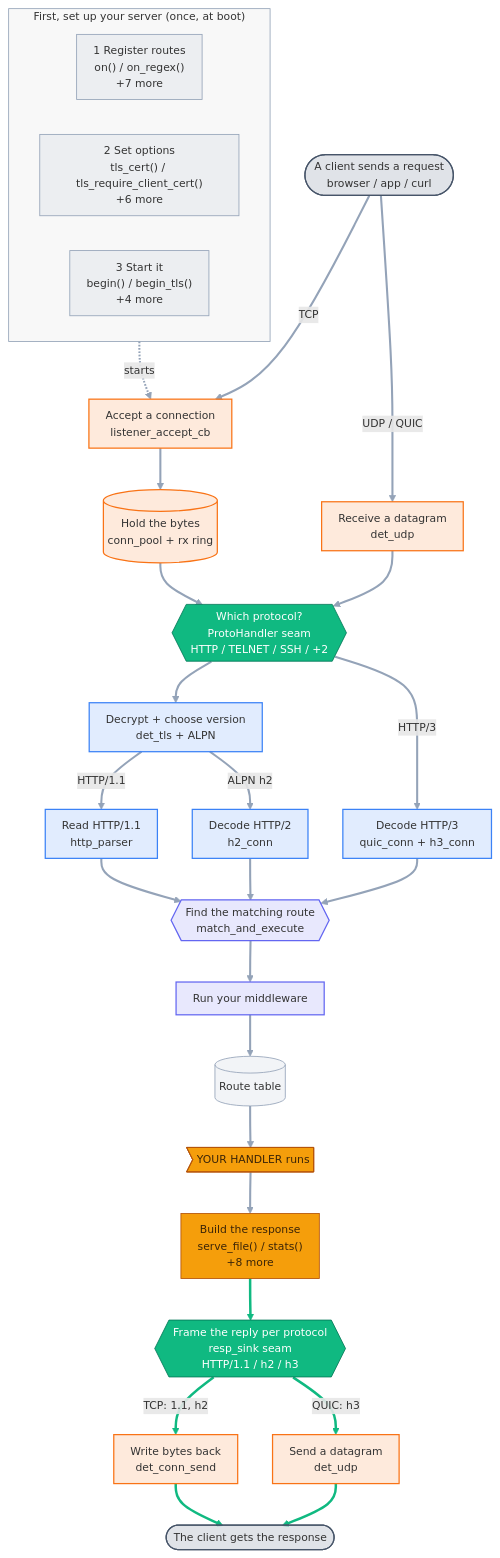
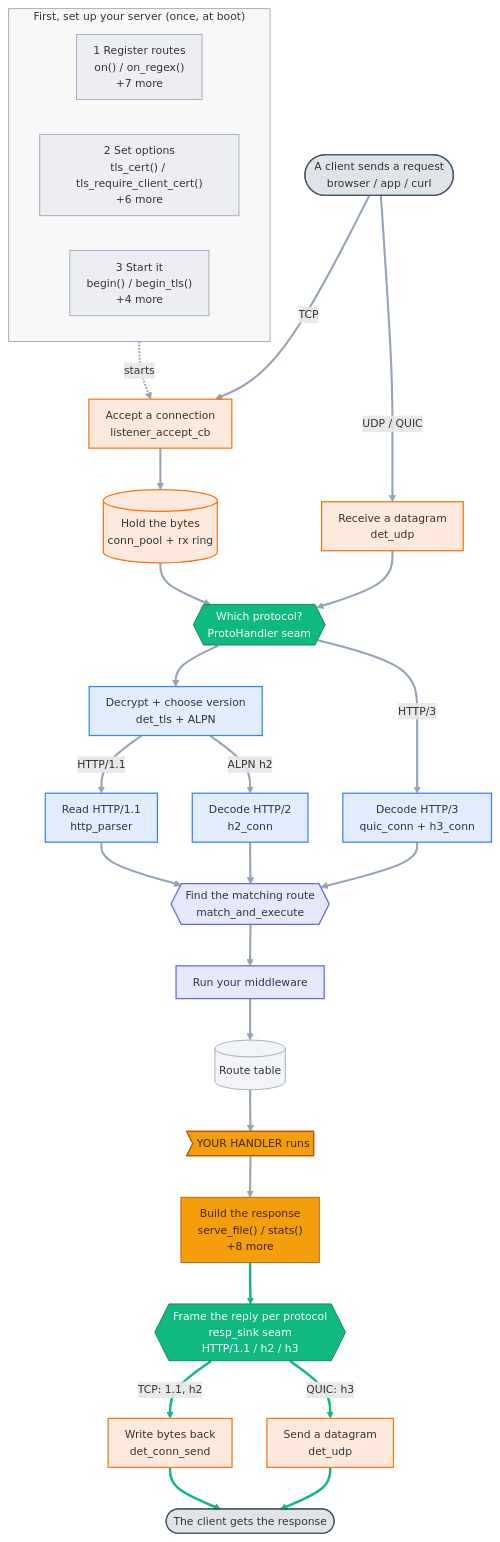
One commit to dstroy0/DeterministicESPAsyncWebServer changed the diagram in docs/diagrams/api_flow.mmd. Above: the diagram before and after it, drawn with Mermaid. The commit also changed 6 other files, not shown here.

```diff
--- a/docs/diagrams/api_flow.mmd
+++ b/docs/diagrams/api_flow.mmd
@@ -1,69 +1,69 @@
 %%{init: {'themeVariables':{'fontFamily':'ui-sans-serif,system-ui,Segoe UI,Roboto,sans-serif','fontSize':'13px','lineColor':'#94a3b8'},'flowchart':{'curve':'basis','nodeSpacing':42,'rankSpacing':50,'padding':10,'useMaxWidth':true}}}%%
 flowchart TB
   %% Auto-generated from the public API, proto_builtins.cpp, and presentation/ on disk.
   subgraph SETUP["First, set up your server (once, at boot)"]
     direction LR
     reg["1 Register routes<br/>on() / on_regex()<br/>+7 more"]
     cfg["2 Set options<br/>tls_cert() / tls_require_client_cert()<br/>+6 more"]
     run["3 Start it<br/>begin() / begin_tls()<br/>+4 more"]
   end
 
   cin(["A client sends a request<br/>browser / app / curl"])
   listen["Accept a connection<br/>listener_accept_cb"]
   ring[("Hold the bytes<br/>conn_pool + rx ring")]
   udprx["Receive a datagram<br/>det_udp"]
-  seam{{"Which protocol?<br/>ProtoHandler seam<br/>HTTP / TELNET / SSH / +2"}}
+  seam{{"Which protocol?<br/>ProtoHandler seam<br/>"}}
   tls["Decrypt + choose version<br/>det_tls + ALPN"]
   parser["Read HTTP/1.1<br/>http_parser"]
   h2["Decode HTTP/2<br/>h2_conn"]
   h3["Decode HTTP/3<br/>quic_conn + h3_conn"]
   mae{{"Find the matching route<br/>match_and_execute"}}
   mw["Run your middleware"]
   routes[("Route table")]
   handler>"YOUR HANDLER runs"]
   resp["Build the response<br/>serve_file() / stats()<br/>+8 more"]
   sink{{"Frame the reply per protocol<br/>resp_sink seam<br/>HTTP/1.1 / h2 / h3"}}
   consend["Write bytes back<br/>det_conn_send"]
   udptx["Send a datagram<br/>det_udp"]
   cout(["The client gets the response"])
 
   run -.->|starts| listen
   cin ==>|TCP| listen
   listen --> ring
   ring --> seam
   cin ==>|UDP / QUIC| udprx
   udprx --> seam
   seam --> tls
   tls -->|HTTP/1.1| parser
   tls -->|ALPN h2| h2
   seam -->|HTTP/3| h3
   parser --> mae
   h2 --> mae
   h3 --> mae
   mae --> mw
   mw --> routes
   routes --> handler
   handler --> resp
   resp --> sink
   sink -->|TCP: 1.1, h2| consend
   sink -->|QUIC: h3| udptx
   consend ==> cout
   udptx ==> cout
 
   class cin,cout ext;
   class reg,cfg,run,routes setup;
   class listen,ring,udprx,udptx,consend l4;
   class seam,sink seam;
   class tls,parser,h2,h3 l6;
   class mae,mw l7;
   class handler,resp you;
   classDef ext fill:#64748b33,stroke:#475569,stroke-width:1.5px;
   classDef setup fill:#94a3b81f,stroke:#94a3b8;
   classDef l4 fill:#f9731626,stroke:#f97316,stroke-width:1.5px;
   classDef seam fill:#10b981,stroke:#047857,color:#ffffff;
   classDef l6 fill:#3b82f626,stroke:#3b82f6,stroke-width:1.5px;
   classDef l7 fill:#6366f126,stroke:#6366f1,stroke-width:1.5px;
   classDef you fill:#f59e0b,stroke:#b45309,color:#3b2508;
   style SETUP fill:#8888880f,stroke:#94a3b8,stroke-width:1px;
   linkStyle default stroke-width:2.5px;
   linkStyle 17,18,19,20,21 stroke:#10b981,stroke-width:3px;
```
